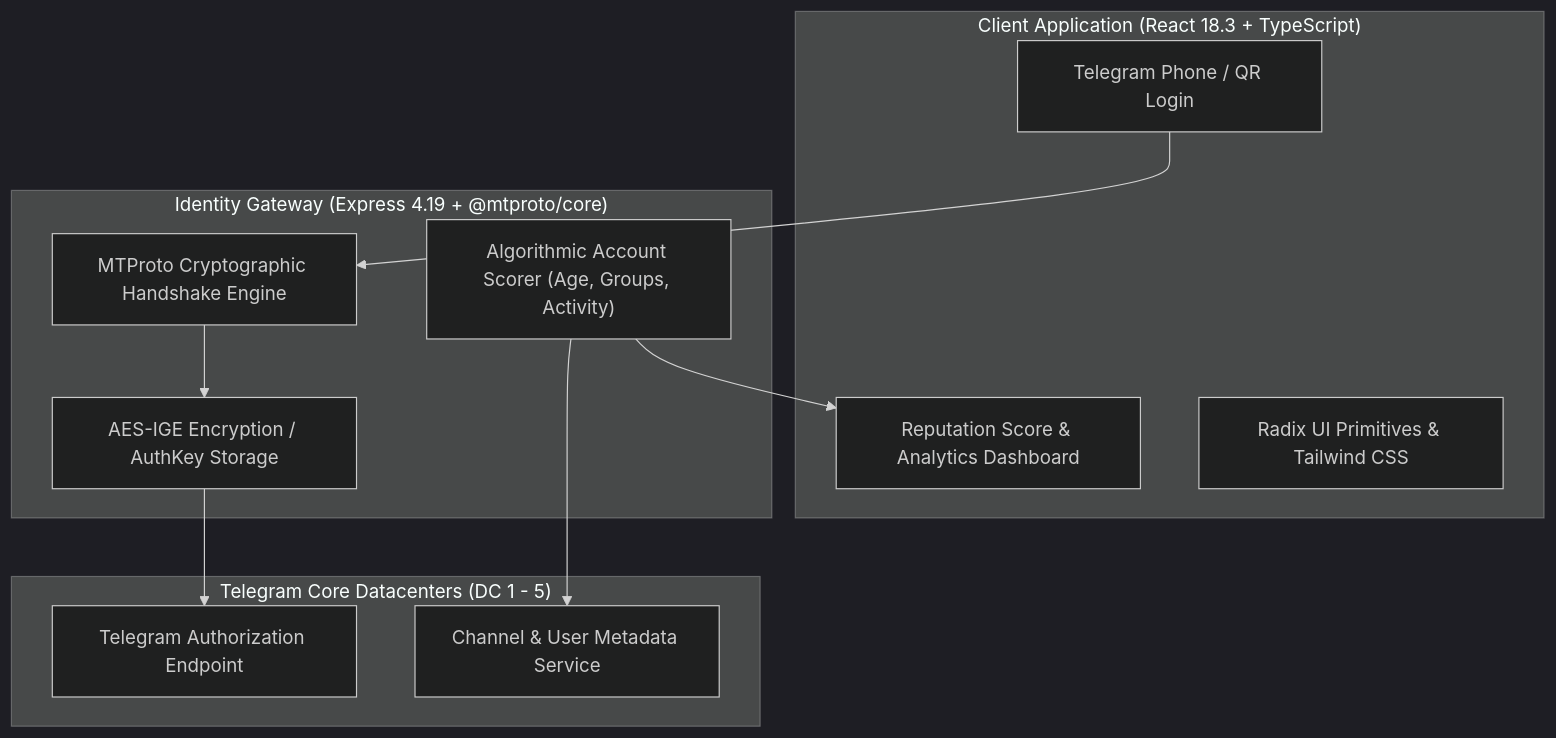
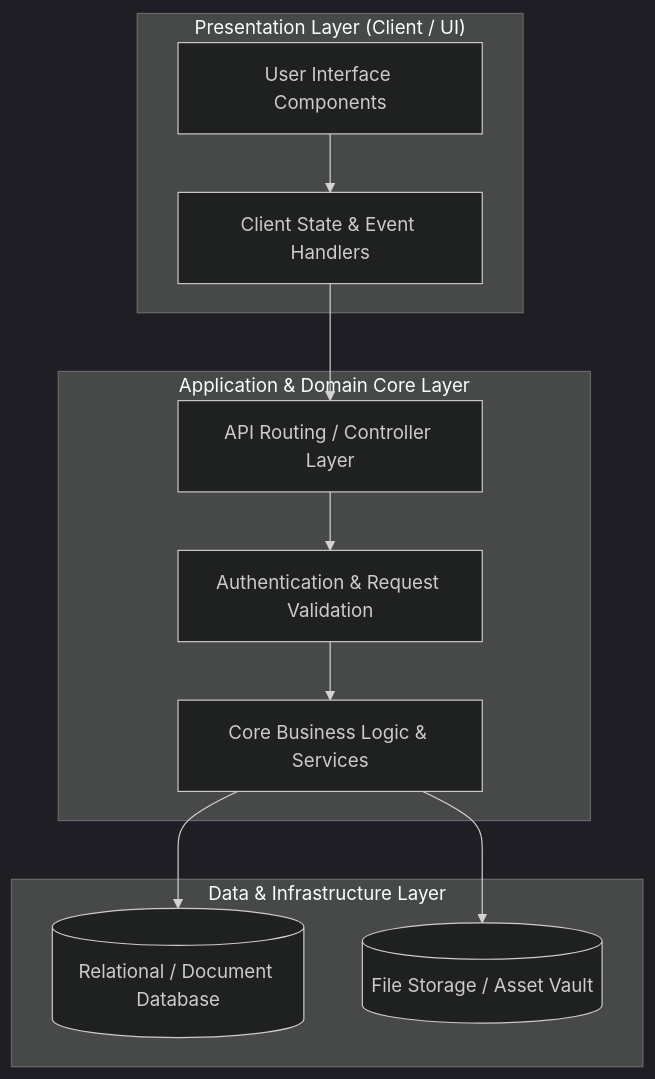
One commit to MHendriF/my-resume changed the diagram in experience/kipley-pte-ltd/overview-projects/rethinkable-xyz/ARCHITECTURE.md. Above: the diagram before and after it, drawn with Mermaid (dark theme). The commit also changed other lines of this file and 27 other files, not shown here.

Commit message:
docs: synchronize all ARCHITECTURE.md files with exact package.json and composer.json manifests

````diff
--- a/experience/kipley-pte-ltd/overview-projects/rethinkable-xyz/ARCHITECTURE.md
+++ b/experience/kipley-pte-ltd/overview-projects/rethinkable-xyz/ARCHITECTURE.md
@@ -19,24 +16,23 @@
 ```mermaid
 flowchart TD
-    subgraph FrontendSPA ["Client Application (React 18.3 + TypeScript)"]
-        AuthModal["Telegram Phone / QR Login"]
-        ReputationView["Reputation Score & Analytics Dashboard"]
-        RadixUI["Radix UI Primitives & Tailwind CSS"]
+    subgraph ClientPresentation ["Presentation Layer (Client / UI)"]
+        UI["User Interface Components"]
+        ClientState["Client State & Event Handlers"]
     end
 
-    subgraph BackendGateway ["Identity Gateway (Express 4.19 + @mtproto/core)"]
-        MTProtoWorker["MTProto Cryptographic Handshake Engine"]
-        SessionCrypto["AES-IGE Encryption / AuthKey Storage"]
-        ReputationEngine["Algorithmic Account Scorer (Age, Groups, Activity)"]
+    subgraph ApplicationCore ["Application & Domain Core Layer"]
+        RouterGateway["API Routing / Controller Layer"]
+        BusinessLogic["Core Business Logic & Services"]
+        SecurityMiddleware["Authentication & Request Validation"]
     end
 
-    subgraph TelegramDC ["Telegram Core Datacenters (DC 1 - 5)"]
-        AuthDC["Telegram Authorization Endpoint"]
-        ChannelDC["Channel & User Metadata Service"]
+    subgraph InfrastructureLayer ["Data & Infrastructure Layer"]
+        PrimaryStore[(Relational / Document Database)]
+        FileStore[(File Storage / Asset Vault)]
     end
 
-    AuthModal --> MTProtoWorker
-    MTProtoWorker --> SessionCrypto --> AuthDC
-    ReputationEngine --> ChannelDC
-    ReputationEngine --> ReputationView
+    UI --> ClientState --> RouterGateway
+    RouterGateway --> SecurityMiddleware --> BusinessLogic
+    BusinessLogic --> PrimaryStore
+    BusinessLogic --> FileStore
 ```
````
